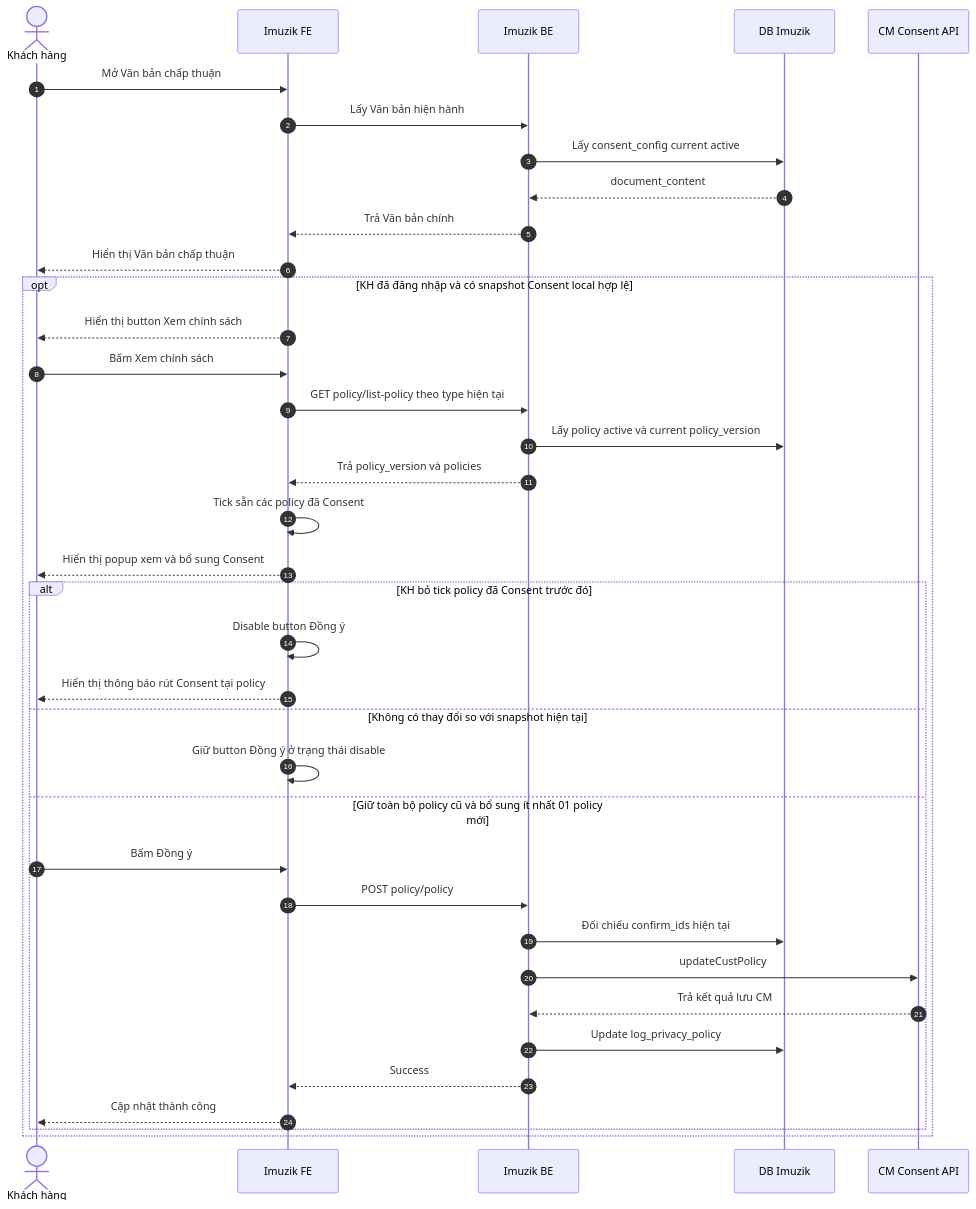
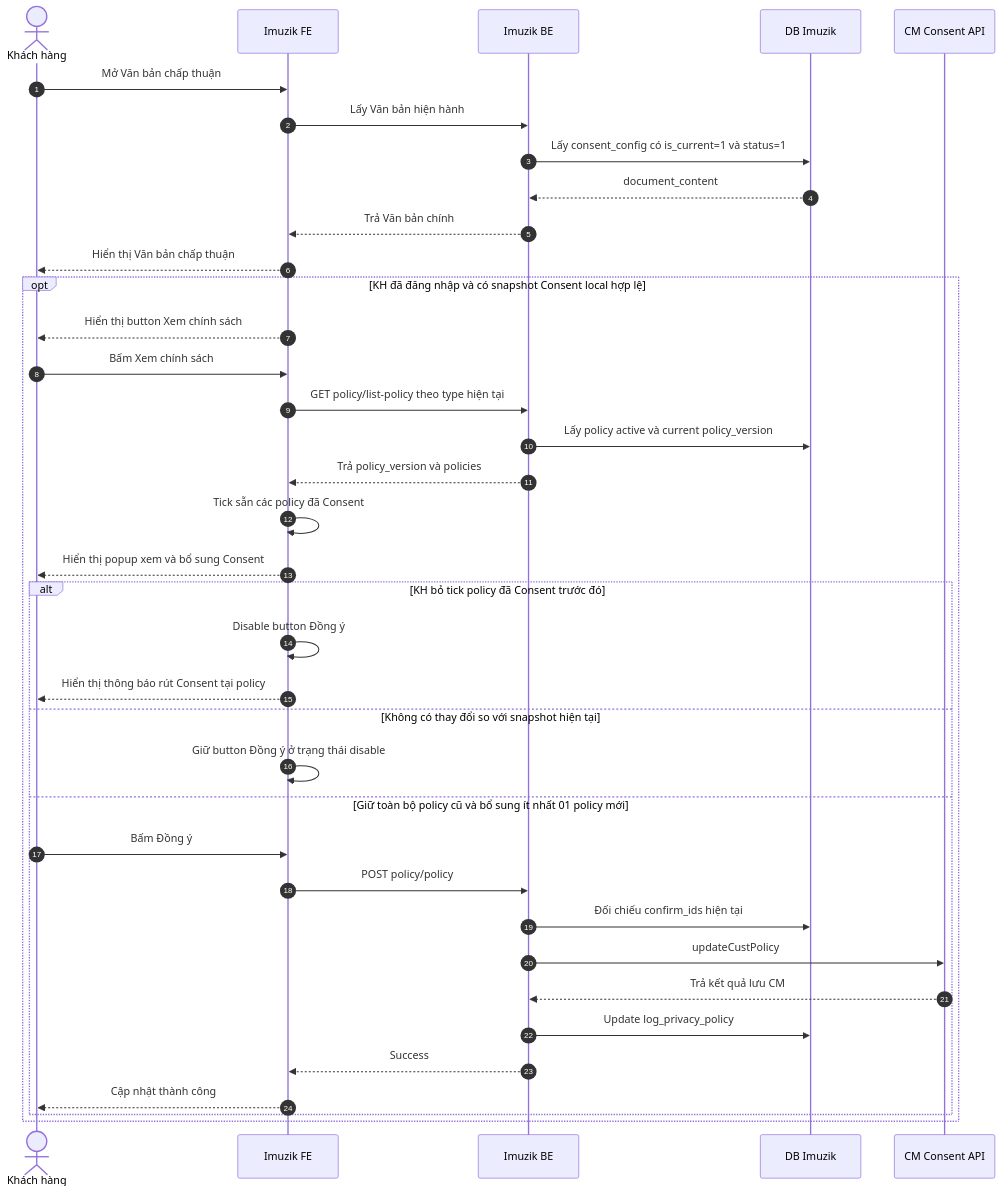
The second of 2 diagrams in TLGP_Consent_Imuzik_App.md (hsonlee19/BU05.VAS.VTT-TLGP), drawn with Mermaid before and after one commit. The commit also changed other lines of this file, not shown here.

Commit message:
Update consent_config query conditions to status=1

````diff
--- a/TLGP_Consent_Imuzik_App.md
+++ b/TLGP_Consent_Imuzik_App.md
@@ -828,42 +828,42 @@
 ```mermaid
 sequenceDiagram
     autonumber
     actor KH as Khách hàng
     participant FE as Imuzik FE
     participant BE as Imuzik BE
     participant DB as DB Imuzik
     participant CM as CM Consent API
 
     KH->>FE: Mở Văn bản chấp thuận
     FE->>BE: Lấy Văn bản hiện hành
-    BE->>DB: Lấy consent_config current active
+    BE->>DB: Lấy consent_config có is_current=1 và status=1
     DB-->>BE: document_content
     BE-->>FE: Trả Văn bản chính
     FE-->>KH: Hiển thị Văn bản chấp thuận
 
     opt KH đã đăng nhập và có snapshot Consent local hợp lệ
         FE-->>KH: Hiển thị button Xem chính sách
         KH->>FE: Bấm Xem chính sách
         FE->>BE: GET policy/list-policy theo type hiện tại
         BE->>DB: Lấy policy active và current policy_version
         BE-->>FE: Trả policy_version và policies
         FE->>FE: Tick sẵn các policy đã Consent
         FE-->>KH: Hiển thị popup xem và bổ sung Consent
 
         alt KH bỏ tick policy đã Consent trước đó
             FE->>FE: Disable button Đồng ý
             FE-->>KH: Hiển thị thông báo rút Consent tại policy
         else Không có thay đổi so với snapshot hiện tại
             FE->>FE: Giữ button Đồng ý ở trạng thái disable
         else Giữ toàn bộ policy cũ và bổ sung ít nhất 01 policy mới
             KH->>FE: Bấm Đồng ý
             FE->>BE: POST policy/policy
             BE->>DB: Đối chiếu confirm_ids hiện tại
             BE->>CM: updateCustPolicy
             CM-->>BE: Trả kết quả lưu CM
             BE->>DB: Update log_privacy_policy
             BE-->>FE: Success
             FE-->>KH: Cập nhật thành công
         end
     end
 ```
````
